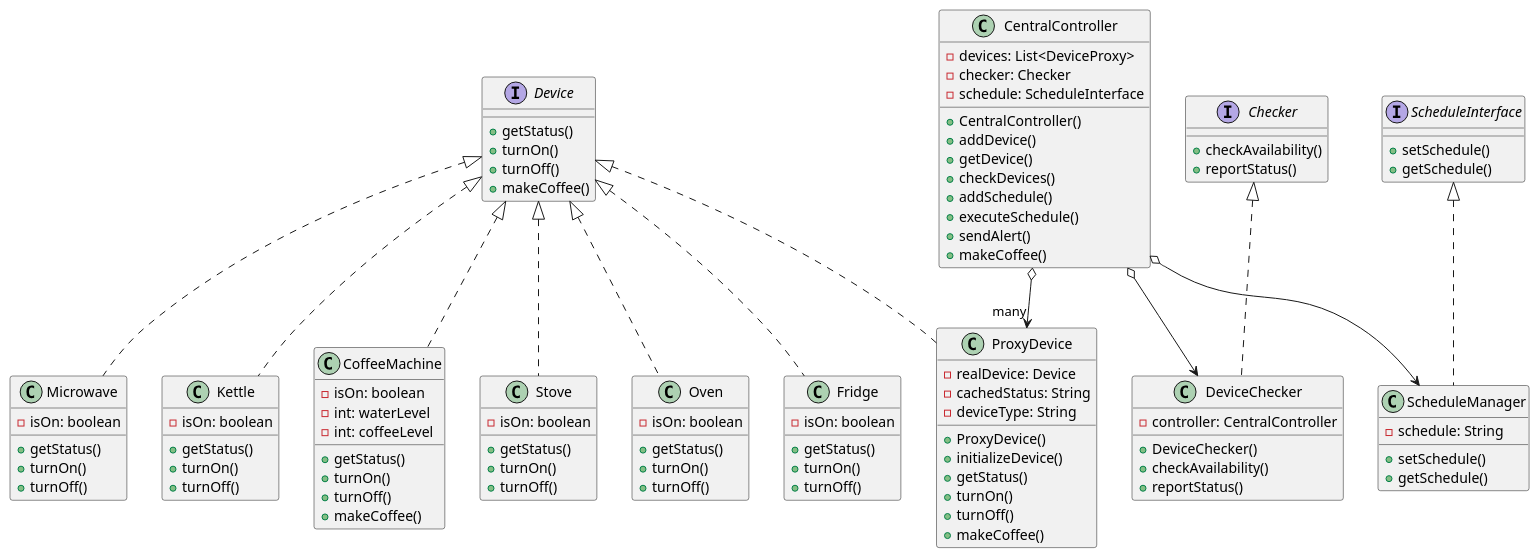
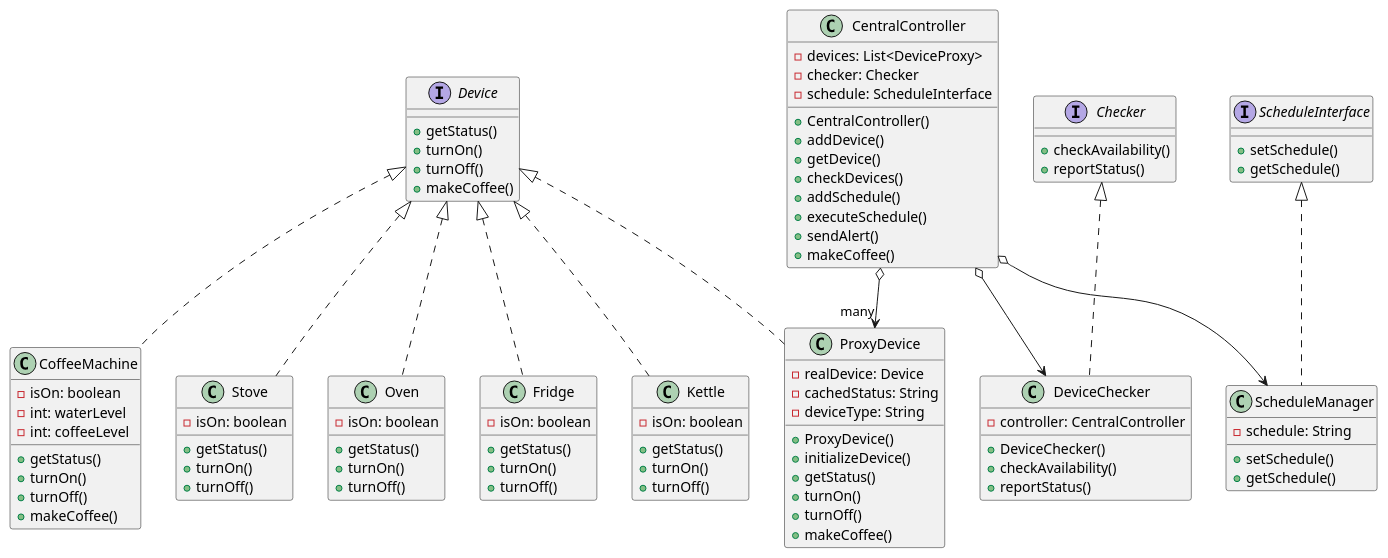
The diagram in diagram.puml (vladimir-barysh/smart_kitchen), drawn with PlantUML before and after one commit. The commit also changed 16 other files, not shown here.

```diff
--- a/diagram.puml
+++ b/diagram.puml
@@ -1,115 +1,107 @@
 @startuml
 interface Device {
     +getStatus()
     +turnOn()
     +turnOff()
     +makeCoffee()
 }
 
 class Stove {
     -isOn: boolean
     +getStatus()
     +turnOn()
     +turnOff()
 }
 
 class Oven {
     -isOn: boolean
     +getStatus()
     +turnOn()
     +turnOff()
 }
 
 class Fridge {
-    -isOn: boolean
-    +getStatus()
-    +turnOn()
-    +turnOff()
-}
-
-class Microwave {
     -isOn: boolean
     +getStatus()
     +turnOn()
     +turnOff()
 }
 
 class Kettle {
     -isOn: boolean
     +getStatus()
     +turnOn()
     +turnOff()
 }
 
 class CoffeeMachine {
     -isOn: boolean
     -int: waterLevel
     -int: coffeeLevel
     +getStatus()
     +turnOn()
     +turnOff()
     +makeCoffee()
 }
 
 class ProxyDevice {
     -realDevice: Device
     -cachedStatus: String
     -deviceType: String
     +ProxyDevice()
     +initializeDevice()
     +getStatus()
     +turnOn()
     +turnOff()
     +makeCoffee()
 }
 
 interface Checker {
     +checkAvailability()
     +reportStatus()
 }
 
 class DeviceChecker {
     -controller: CentralController
     +DeviceChecker()
     +checkAvailability()
     +reportStatus()
 }
 
 interface ScheduleInterface {
     +setSchedule()
     +getSchedule()
 }
 
 class ScheduleManager {
     -schedule: String
     +setSchedule()
     +getSchedule()
 }
 
 class CentralController {
     -devices: List<DeviceProxy>
     -checker: Checker
     -schedule: ScheduleInterface
     +CentralController()
     +addDevice()
     +getDevice()
     +checkDevices()
     +addSchedule()
     +executeSchedule()
     +sendAlert()
     +makeCoffee()
 }
 
 Device <|.. Stove
 Device <|.. Oven
 Device <|.. Fridge
-Device <|.. Microwave
 Device <|.. Kettle
 Device <|.. CoffeeMachine
 Device <|.. ProxyDevice
 Checker <|.. DeviceChecker
 ScheduleInterface <|.. ScheduleManager
 CentralController o--> "many" ProxyDevice
 CentralController o--> DeviceChecker
 CentralController o--> ScheduleManager
 @enduml
```
